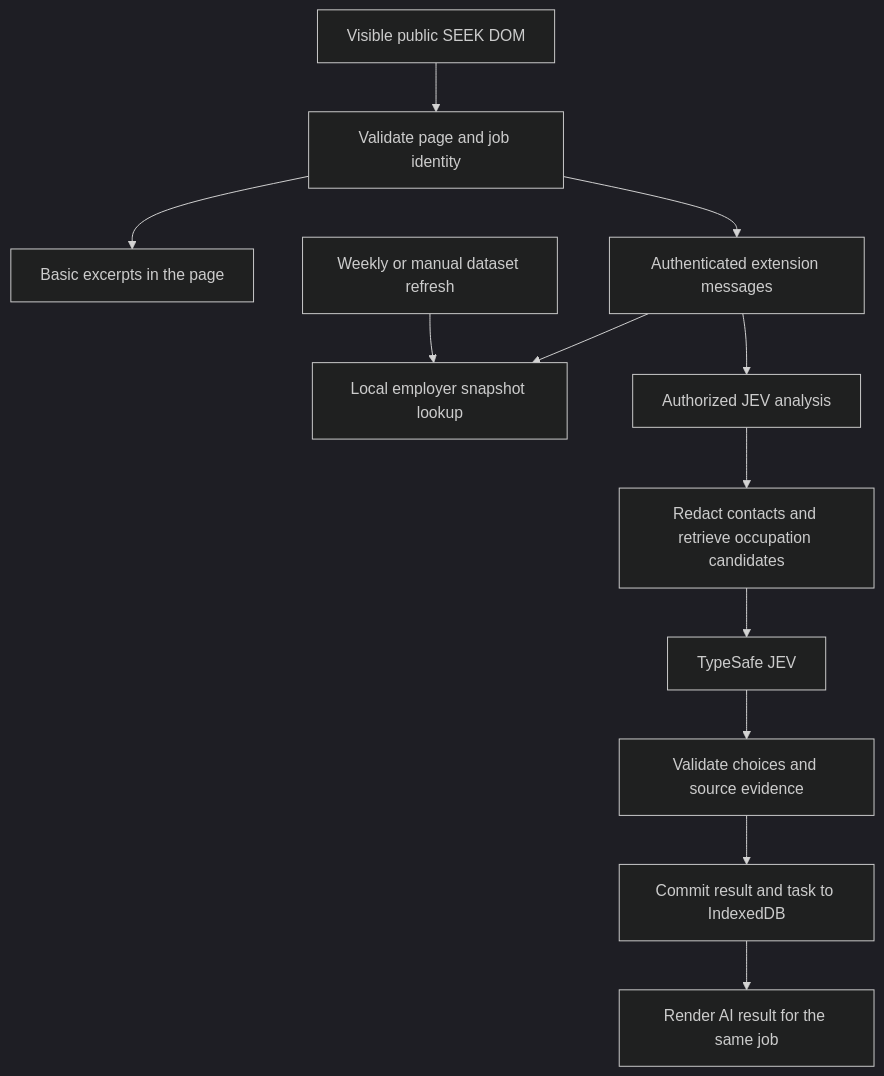
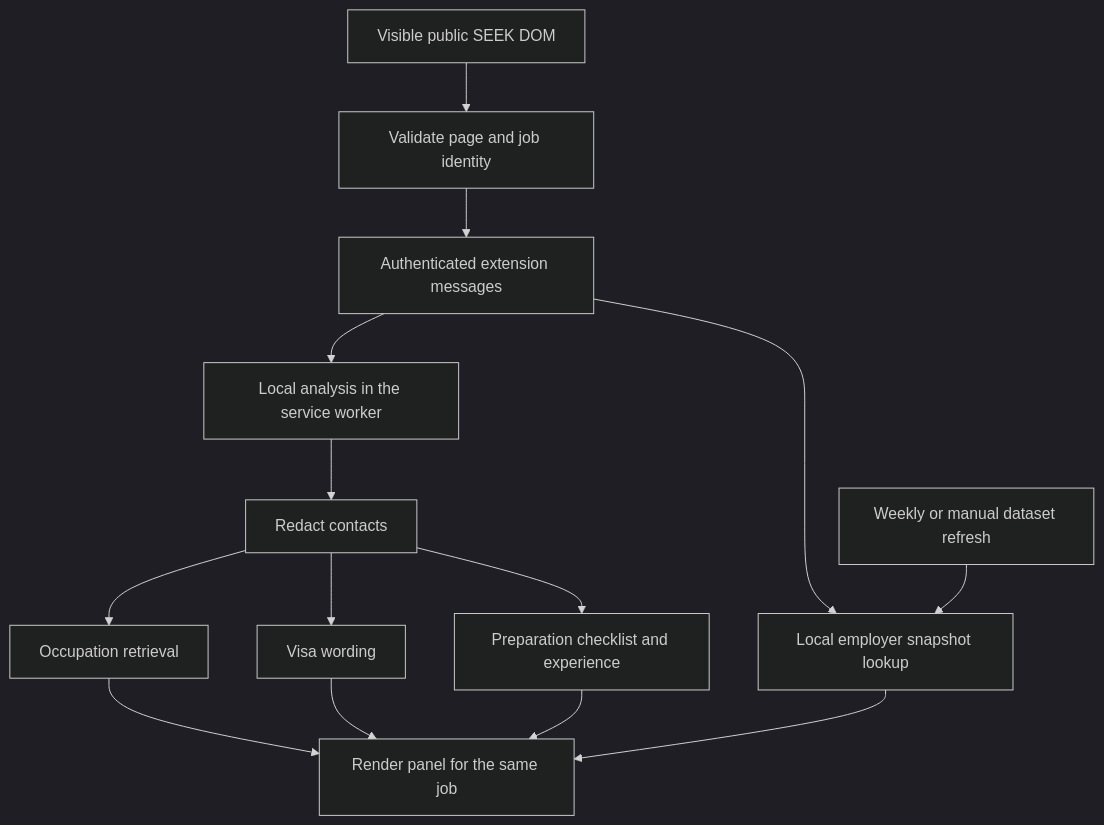
One commit to lzh9173/roleharbour changed the diagram in README.md. Above: the diagram before and after it, drawn with Mermaid (dark theme). The commit also changed other lines of this file and 4 other files, not shown here.

````diff
--- a/README.md
+++ b/README.md
@@ -76,14 +71,16 @@
 ```mermaid
 flowchart TD
     A[Visible public SEEK DOM] --> B[Validate page and job identity]
-    B --> C[Basic excerpts in the page]
-    B --> D[Authenticated extension messages]
-    D --> E[Local employer snapshot lookup]
-    D --> F[Authorized JEV analysis]
-    F --> G[Redact contacts and retrieve occupation candidates]
-    G --> H[TypeSafe JEV]
-    H --> I[Validate choices and source evidence]
-    I --> J[Commit result and task to IndexedDB]
-    J --> K[Render AI result for the same job]
-    L[Weekly or manual dataset refresh] --> E
+    B --> C[Authenticated extension messages]
+    C --> D[Local employer snapshot lookup]
+    C --> E[Local analysis in the service worker]
+    E --> F[Redact contacts]
+    F --> G[Occupation retrieval]
+    F --> H[Visa wording]
+    F --> I[Preparation checklist and experience]
+    G --> J[Render panel for the same job]
+    H --> J
+    I --> J
+    D --> J
+    K[Weekly or manual dataset refresh] --> D
 ```
````
